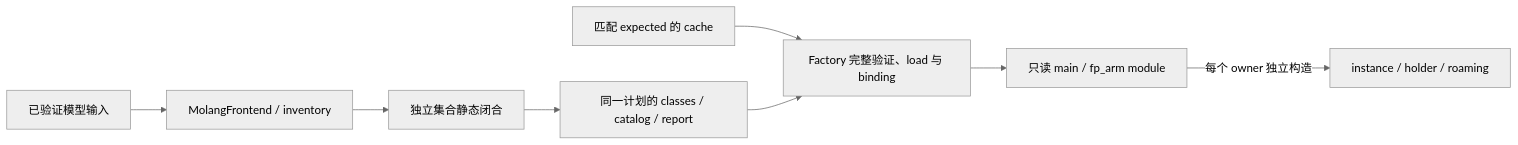
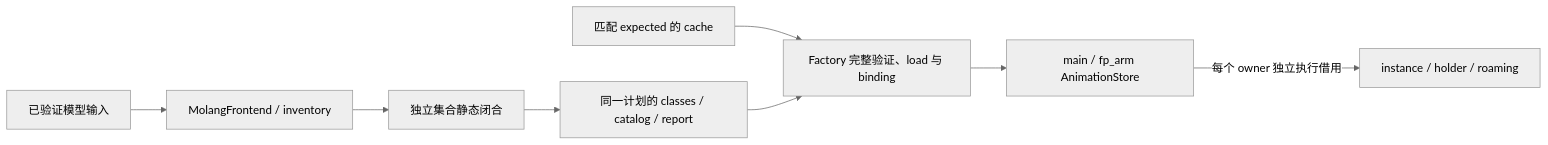
One commit to YesSteveModel/YesSteveModel changed the diagram in docs/architecture/animation/implementation/molang-runtime.md. Above: the diagram before and after it, drawn with Mermaid (neutral theme). The commit also changed other lines of this file and 1109 other files, not shown here.

````diff
--- a/docs/architecture/animation/implementation/molang-runtime.md
+++ b/docs/architecture/animation/implementation/molang-runtime.md
@@ -15,10 +21,10 @@
 ```mermaid
 flowchart LR
     Source["已验证模型输入"] --> Frontend["MolangFrontend / inventory"]
     Frontend --> Compile["独立集合静态闭合"]
     Compile --> Artifact["同一计划的 classes / catalog / report"]
     Cache["匹配 expected 的 cache"] --> Load["Factory 完整验证、load 与 binding"]
     Artifact --> Load
-    Load --> Module["只读 main / fp_arm module"]
-    Module -->|"每个 owner 独立构造"| Instance["instance / holder / roaming"]
+    Load --> Store["main / fp_arm AnimationStore"]
+    Store -->|"每个 owner 独立执行借用"| Instance["instance / holder / roaming"]
 ```
````
